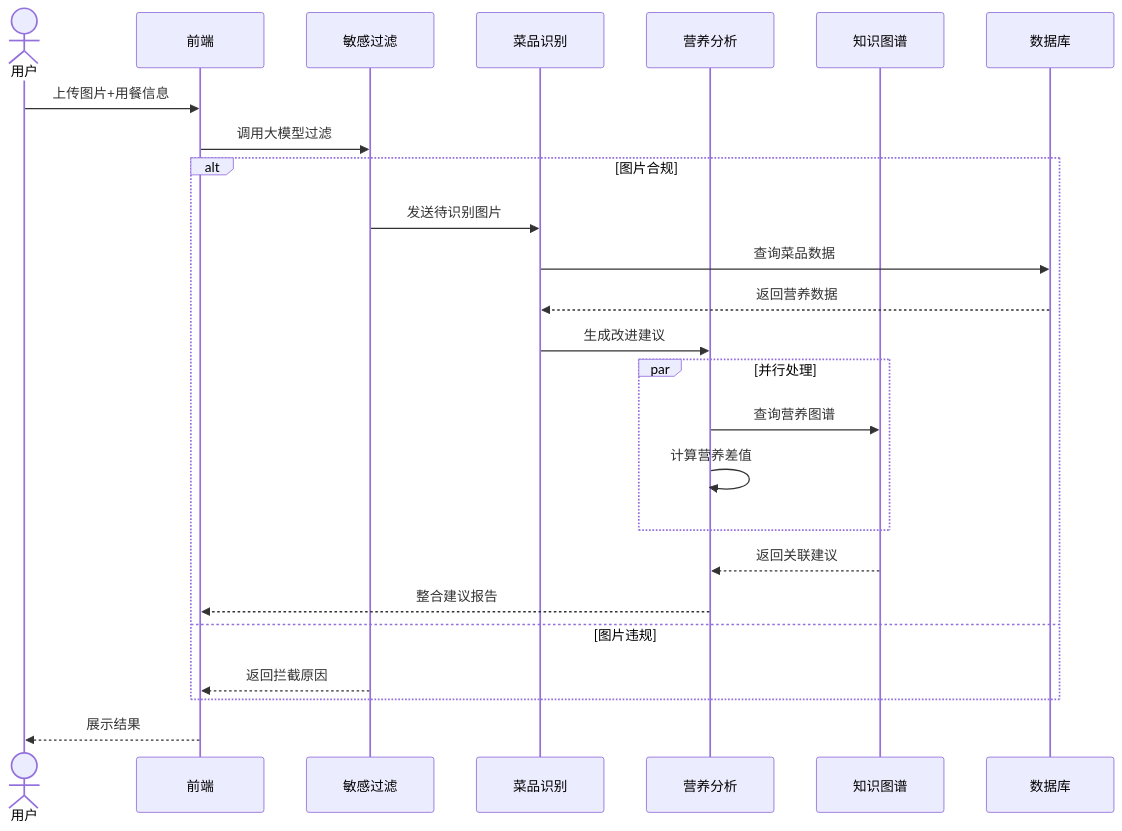
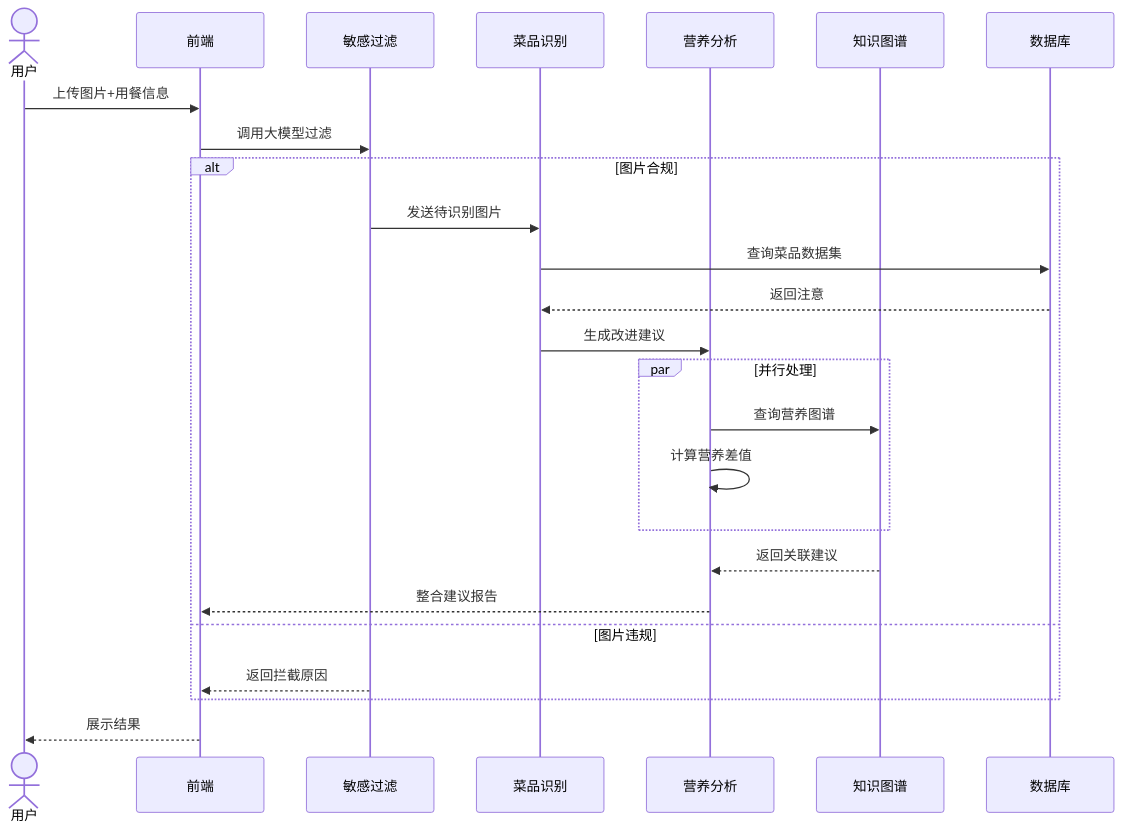
The diagram in all/未命名-1.md (funnyData/iodraw-files), drawn with Mermaid before and after one commit.

Commit message:
2025-03-19 16:38:40 update

````diff
--- a/all/未命名-1.md
+++ b/all/未命名-1.md
@@ -1,29 +1,29 @@
 ```mermaid
 %% 数据流图（基于网页1/2/5的时序图语法优化）
 sequenceDiagram
     actor User as 用户
     participant FE as 前端
     participant SF as 敏感过滤
     participant DR as 菜品识别
     participant NA as 营养分析
     participant KG as 知识图谱
     participant DB as 数据库
 
     User->>FE: 上传图片+用餐信息
     FE->>SF: 调用大模型过滤
     alt 图片合规
         SF->>DR: 发送待识别图片
-        DR->>DB: 查询菜品数据
-        DB-->>DR: 返回营养数据
+        DR->>DB: 查询菜品数据集
+        DB-->>DR: 返回注意
         DR->>NA: 生成改进建议
         par 并行处理
             NA->>KG: 查询营养图谱
             NA->>NA: 计算营养差值
         end
         KG-->>NA: 返回关联建议
         NA-->>FE: 整合建议报告
     else 图片违规
         SF-->>FE: 返回拦截原因
     end
     FE-->>User: 展示结果
 ```
````
